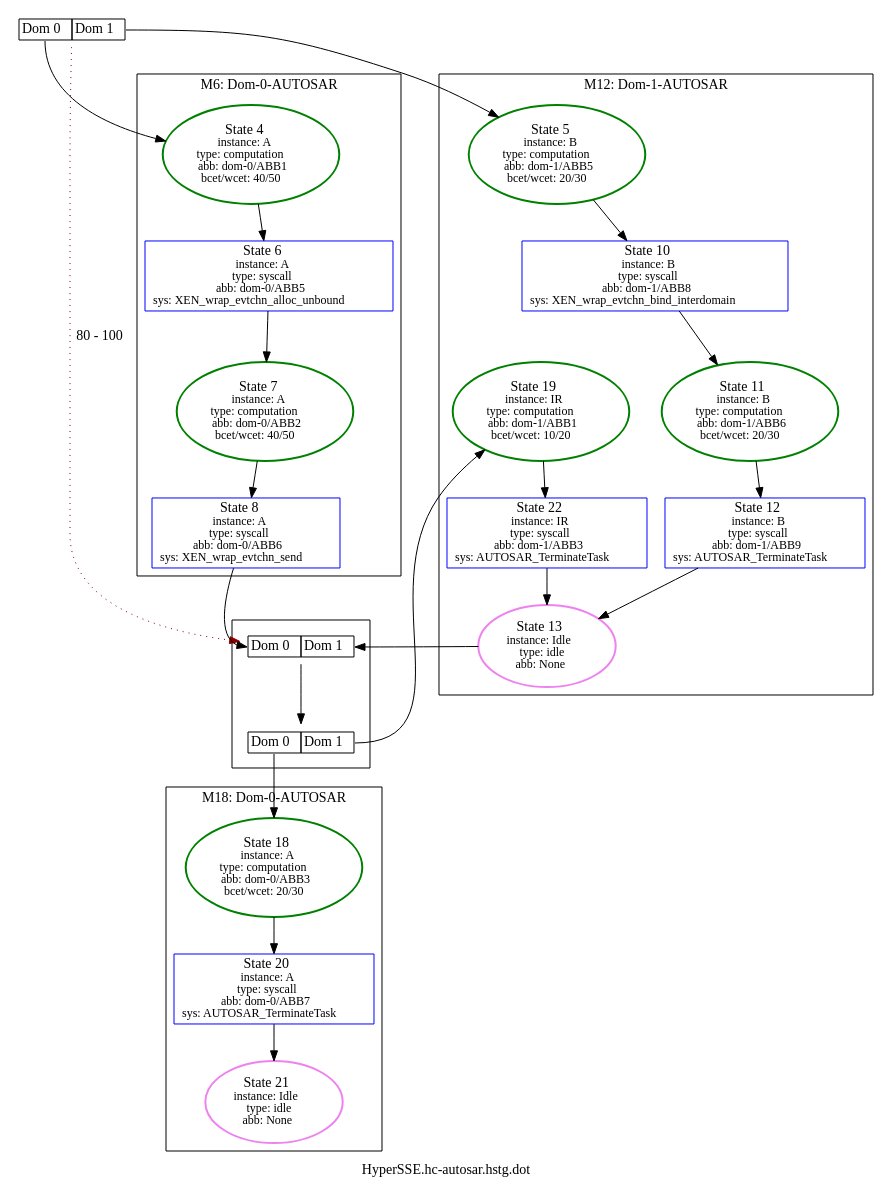
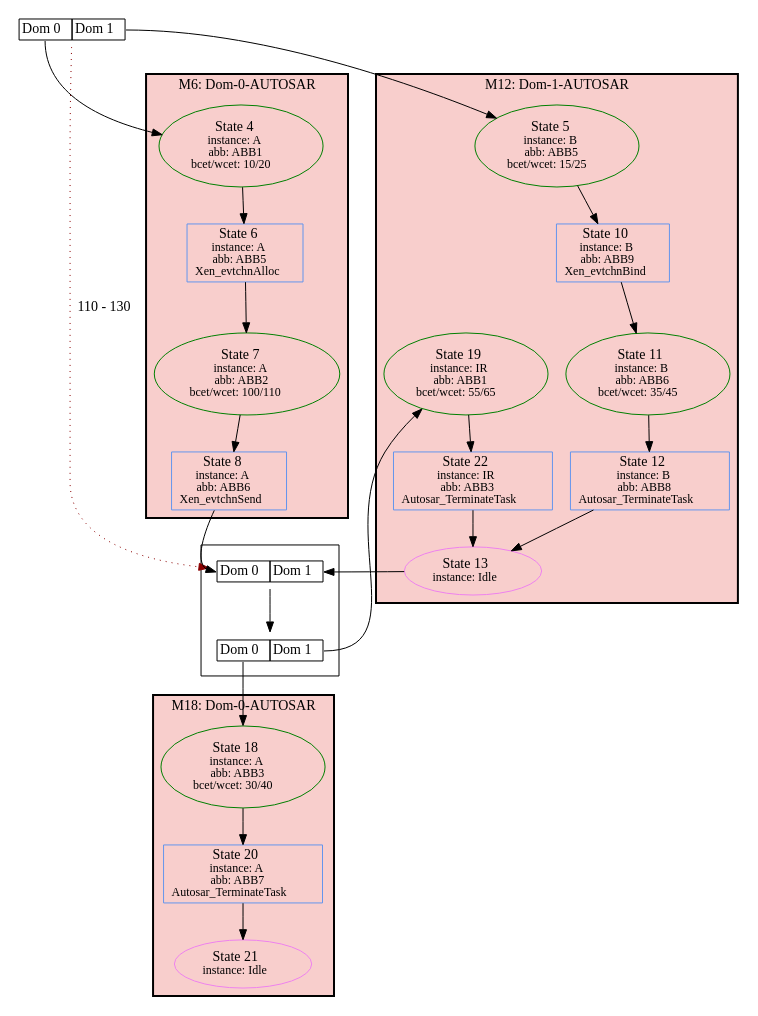
The diagram in appl/Xen/hc-autosar/HyperSSE.hc-autosar.hstg.dot (luhsra/ara), drawn with Graphviz before and after one commit. The commit also changed 119 other files, not shown here.

```diff
--- a/appl/Xen/hc-autosar/HyperSSE.hc-autosar.hstg.dot
+++ b/appl/Xen/hc-autosar/HyperSSE.hc-autosar.hstg.dot
@@ -1,55 +1,61 @@
 digraph G {
-label="HyperSSE.hc-autosar.hstg.dot";
+label="";
 1 [label=<<TABLE BORDER="0" CELLBORDER="1" CELLSPACING="0"><TR><TD PORT="c0">Dom 0</TD><TD PORT="c1">Dom 1</TD></TR></TABLE>>, shape=plaintext, tooltip=1];
 subgraph cluster_6 {
+bgcolor="#F8CECC";
 label="M6: Dom-0-AUTOSAR";
-2 [color=green, fontsize=14, label=<State 4<br/><font point-size='12'>instance: A<br/>type: computation<br/>abb: dom-0/ABB1<br/>bcet/wcet: 40/50</font>>, style=bold, tooltip=2];
-3 [color=blue, fontsize=14, label=<State 6<br/><font point-size='12'>instance: A<br/>type: syscall<br/>abb: dom-0/ABB5<br/>sys: XEN_wrap_evtchn_alloc_unbound</font>>, shape=box, tooltip=3];
-4 [color=green, fontsize=14, label=<State 7<br/><font point-size='12'>instance: A<br/>type: computation<br/>abb: dom-0/ABB2<br/>bcet/wcet: 40/50</font>>, style=bold, tooltip=4];
-5 [color=blue, fontsize=14, label=<State 8<br/><font point-size='12'>instance: A<br/>type: syscall<br/>abb: dom-0/ABB6<br/>sys: XEN_wrap_evtchn_send</font>>, shape=box, tooltip=5];
+style=bold;
+2 [color=green, fontsize=14, label=<State 4<br/><font point-size='12'>instance: A<br/>abb: ABB1<br/>bcet/wcet: 10/20</font>>, style=solid, tooltip=2];
+3 [color=cornflowerblue, fontsize=14, label=<State 6<br/><font point-size='12'>instance: A<br/>abb: ABB5<br/>Xen_evtchnAlloc</font>>, shape=box, tooltip=3];
+4 [color=green, fontsize=14, label=<State 7<br/><font point-size='12'>instance: A<br/>abb: ABB2<br/>bcet/wcet: 100/110</font>>, style=solid, tooltip=4];
+5 [color=cornflowerblue, fontsize=14, label=<State 8<br/><font point-size='12'>instance: A<br/>abb: ABB6<br/>Xen_evtchnSend</font>>, shape=box, tooltip=5];
 }
 
 subgraph cluster_12 {
+bgcolor="#F8CECC";
 label="M12: Dom-1-AUTOSAR";
-7 [color=green, fontsize=14, label=<State 5<br/><font point-size='12'>instance: B<br/>type: computation<br/>abb: dom-1/ABB5<br/>bcet/wcet: 20/30</font>>, style=bold, tooltip=7];
-8 [color=blue, fontsize=14, label=<State 10<br/><font point-size='12'>instance: B<br/>type: syscall<br/>abb: dom-1/ABB8<br/>sys: XEN_wrap_evtchn_bind_interdomain</font>>, shape=box, tooltip=8];
-9 [color=green, fontsize=14, label=<State 11<br/><font point-size='12'>instance: B<br/>type: computation<br/>abb: dom-1/ABB6<br/>bcet/wcet: 20/30</font>>, style=bold, tooltip=9];
-10 [color=blue, fontsize=14, label=<State 12<br/><font point-size='12'>instance: B<br/>type: syscall<br/>abb: dom-1/ABB9<br/>sys: AUTOSAR_TerminateTask</font>>, shape=box, tooltip=10];
-11 [color=violet, fontsize=14, label=<State 13<br/><font point-size='12'>instance: Idle<br/>type: idle<br/>abb: None</font>>, style=bold, tooltip=11];
-19 [color=green, fontsize=14, label=<State 19<br/><font point-size='12'>instance: IR<br/>type: computation<br/>abb: dom-1/ABB1<br/>bcet/wcet: 10/20</font>>, style=bold, tooltip=19];
-20 [color=blue, fontsize=14, label=<State 22<br/><font point-size='12'>instance: IR<br/>type: syscall<br/>abb: dom-1/ABB3<br/>sys: AUTOSAR_TerminateTask</font>>, shape=box, tooltip=20];
+style=bold;
+7 [color=green, fontsize=14, label=<State 5<br/><font point-size='12'>instance: B<br/>abb: ABB5<br/>bcet/wcet: 15/25</font>>, style=solid, tooltip=7];
+8 [color=cornflowerblue, fontsize=14, label=<State 10<br/><font point-size='12'>instance: B<br/>abb: ABB9<br/>Xen_evtchnBind</font>>, shape=box, tooltip=8];
+9 [color=green, fontsize=14, label=<State 11<br/><font point-size='12'>instance: B<br/>abb: ABB6<br/>bcet/wcet: 35/45</font>>, style=solid, tooltip=9];
+10 [color=cornflowerblue, fontsize=14, label=<State 12<br/><font point-size='12'>instance: B<br/>abb: ABB8<br/>Autosar_TerminateTask</font>>, shape=box, tooltip=10];
+11 [color=violet, fontsize=14, label=<State 13<br/><font point-size='12'>instance: Idle</font>>, style=solid, tooltip=11];
+19 [color=green, fontsize=14, label=<State 19<br/><font point-size='12'>instance: IR<br/>abb: ABB1<br/>bcet/wcet: 55/65</font>>, style=solid, tooltip=19];
+20 [color=cornflowerblue, fontsize=14, label=<State 22<br/><font point-size='12'>instance: IR<br/>abb: ABB3<br/>Autosar_TerminateTask</font>>, shape=box, tooltip=20];
 }
 
 subgraph cluster_18 {
+bgcolor="#F8CECC";
 label="M18: Dom-0-AUTOSAR";
-16 [color=blue, fontsize=14, label=<State 20<br/><font point-size='12'>instance: A<br/>type: syscall<br/>abb: dom-0/ABB7<br/>sys: AUTOSAR_TerminateTask</font>>, shape=box, tooltip=16];
-17 [color=violet, fontsize=14, label=<State 21<br/><font point-size='12'>instance: Idle<br/>type: idle<br/>abb: None</font>>, style=bold, tooltip=17];
-15 [color=green, fontsize=14, label=<State 18<br/><font point-size='12'>instance: A<br/>type: computation<br/>abb: dom-0/ABB3<br/>bcet/wcet: 20/30</font>>, style=bold, tooltip=15];
+style=bold;
+16 [color=cornflowerblue, fontsize=14, label=<State 20<br/><font point-size='12'>instance: A<br/>abb: ABB7<br/>Autosar_TerminateTask</font>>, shape=box, tooltip=16];
+17 [color=violet, fontsize=14, label=<State 21<br/><font point-size='12'>instance: Idle</font>>, style=solid, tooltip=17];
+15 [color=green, fontsize=14, label=<State 18<br/><font point-size='12'>instance: A<br/>abb: ABB3<br/>bcet/wcet: 30/40</font>>, style=solid, tooltip=15];
 }
 
 subgraph cluster_Metasync13 {
 label="";
 13 [label=<<TABLE BORDER="0" CELLBORDER="1" CELLSPACING="0"><TR><TD PORT="c0">Dom 0</TD><TD PORT="c1">Dom 1</TD></TR></TABLE>>, shape=plaintext, tooltip=13];
 14 [label=<<TABLE BORDER="0" CELLBORDER="1" CELLSPACING="0"><TR><TD PORT="c0">Dom 0</TD><TD PORT="c1">Dom 1</TD></TR></TABLE>>, shape=plaintext, tooltip=14];
 }
 
 1:c0 -> 2  [color=black];
 1:c1 -> 7  [color=black];
-1 -> 13  [color=darkred, label="80 - 100", style=dotted];
+1 -> 13  [color=darkred, label="110 - 130", style=dotted];
 2 -> 3  [color=black];
 3 -> 4  [color=black];
 4 -> 5  [color=black];
 5 -> 13:c0  [color=black];
 7 -> 8  [color=black];
 8 -> 9  [color=black];
 9 -> 10  [color=black];
 10 -> 11  [color=black];
 11 -> 13:c1  [color=black];
 13 -> 14  [color=black];
 14:c0 -> 15  [color=black];
 14:c1 -> 19  [color=black];
 15 -> 16  [color=black];
 16 -> 17  [color=black];
 19 -> 20  [color=black];
 20 -> 11  [color=black];
 }
```
